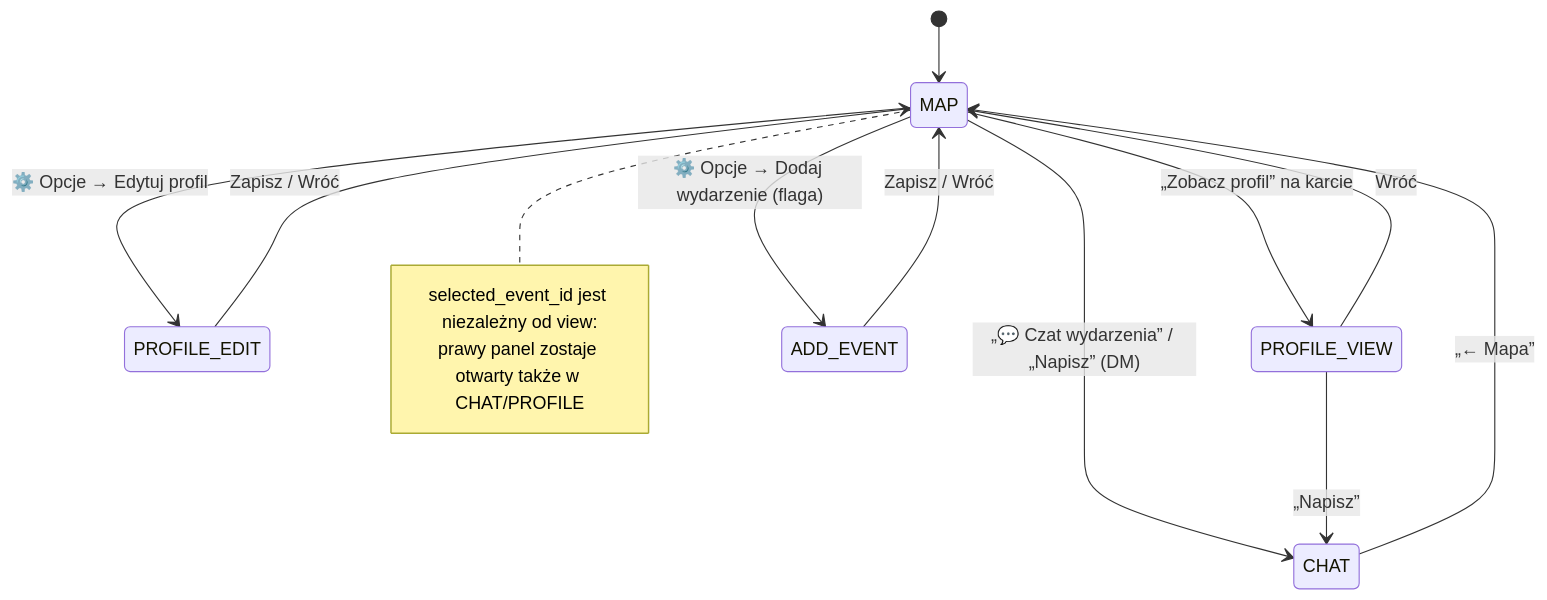
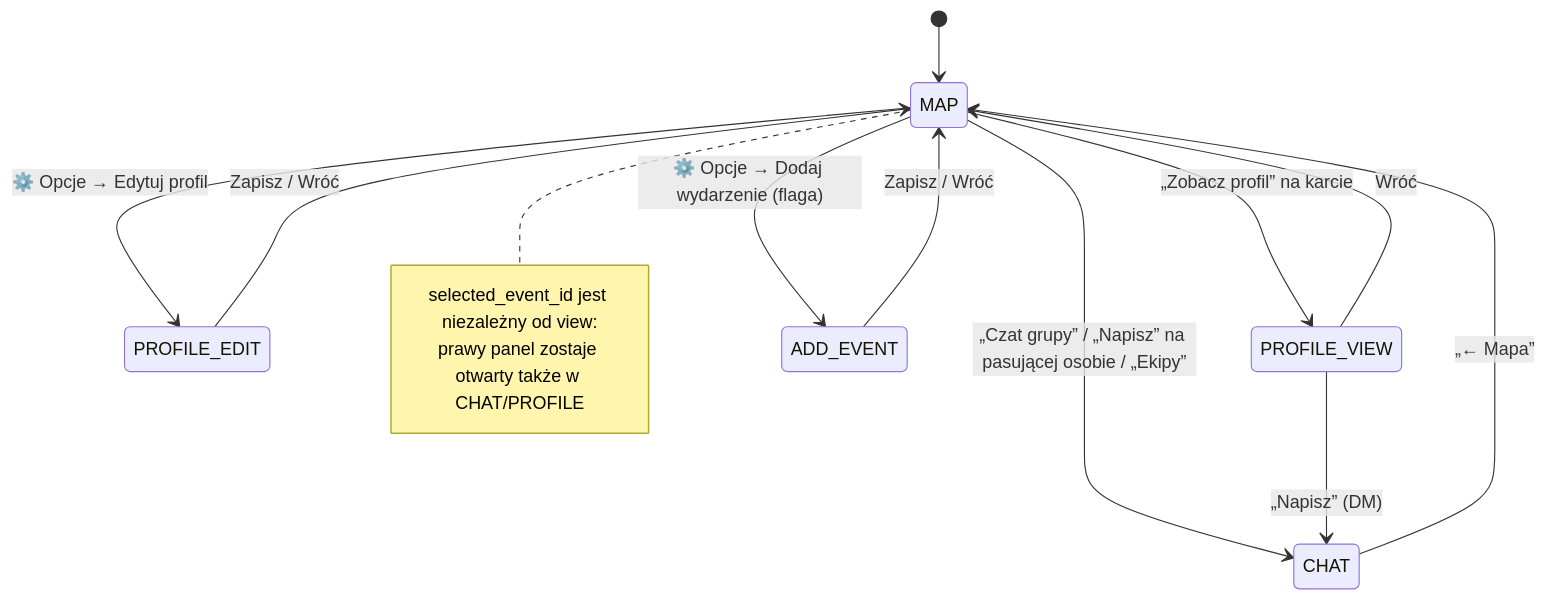
Before and after one commit to klonicaWeronika/HackYeah26_event_app: the sixth of 8 diagrams in ARCHITECTURE.md, drawn with Mermaid. The commit also changed other lines of this file and 17 other files, not shown here.

````diff
--- a/ARCHITECTURE.md
+++ b/ARCHITECTURE.md
@@ -206,17 +243,17 @@
 ```mermaid
 stateDiagram-v2
     [*] --> MAP
-    MAP --> CHAT: „💬 Czat wydarzenia” / „Napisz” (DM)
+    MAP --> CHAT: „Czat grupy” / „Napisz” na pasującej osobie / „Ekipy”
     CHAT --> MAP: „← Mapa”
     MAP --> PROFILE_EDIT: ⚙️ Opcje → Edytuj profil
     PROFILE_EDIT --> MAP: Zapisz / Wróć
     MAP --> PROFILE_VIEW: „Zobacz profil” na karcie
     PROFILE_VIEW --> MAP: Wróć
-    PROFILE_VIEW --> CHAT: „Napisz”
+    PROFILE_VIEW --> CHAT: „Napisz” (DM)
     MAP --> ADD_EVENT: ⚙️ Opcje → Dodaj wydarzenie (flaga)
     ADD_EVENT --> MAP: Zapisz / Wróć
     note right of MAP
         selected_event_id jest niezależny od view:
         prawy panel zostaje otwarty także w CHAT/PROFILE
     end note
 ```
````
